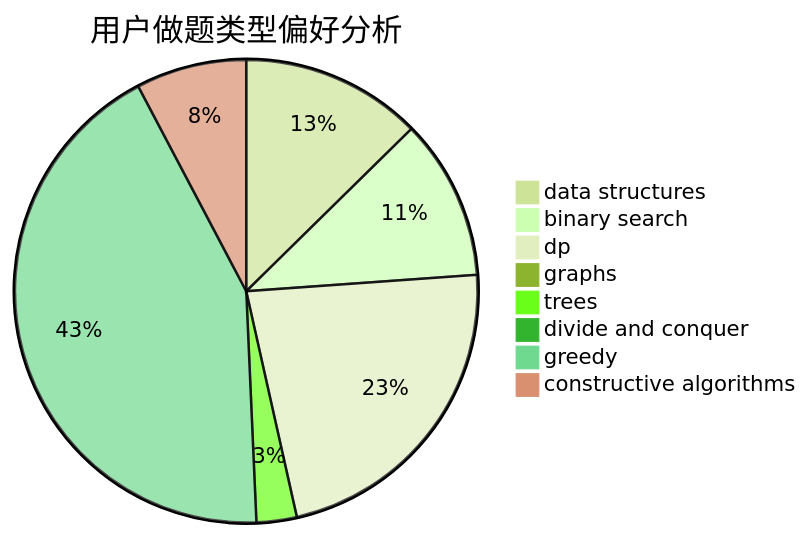
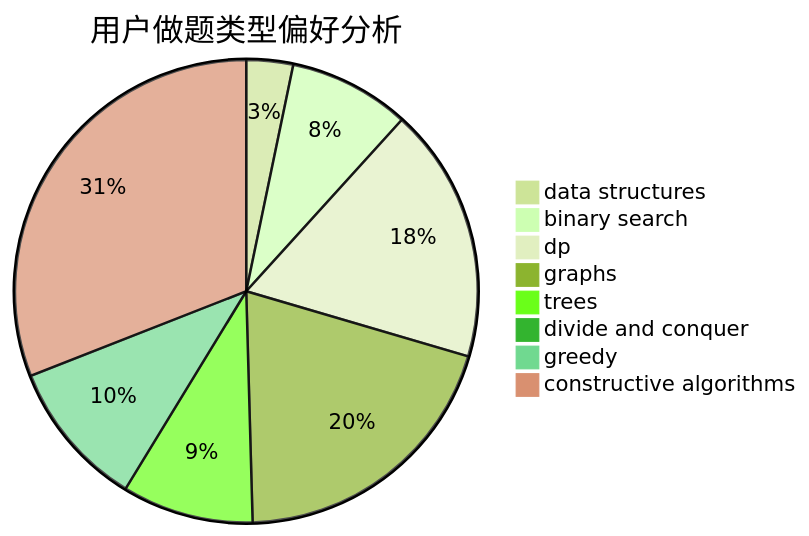
Before and after one commit to sherpahu/cfrs.github.io: the second of 3 diagrams in docs/user/u2339.md, drawn with Mermaid (forest theme). The commit also changed other lines of this file and 2770 other files, not shown here.

````diff
--- a/docs/user/u2339.md
+++ b/docs/user/u2339.md
@@ -23,11 +23,11 @@
 ```mermaid
 pie title 用户做题类型偏好分析
-    "data structures" :  162
-    "binary search" :  144
-    "dp" :  290
-    "graphs" :  2
-    "trees" :  36
+    "data structures" :  37
+    "binary search" :  96
+    "dp" :  202
+    "graphs" :  227
+    "trees" :  104
     "divide and conquer" :  0
-    "greedy" :  551
-    "constructive algorithms" :  99
+    "greedy" :  117
+    "constructive algorithms" :  351
 ```
````
